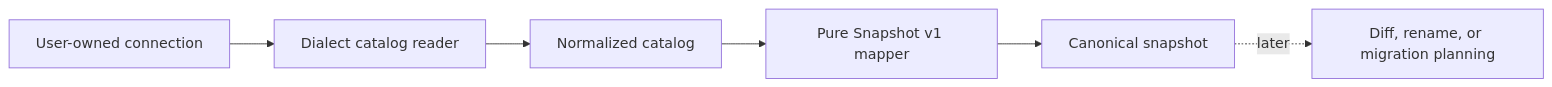
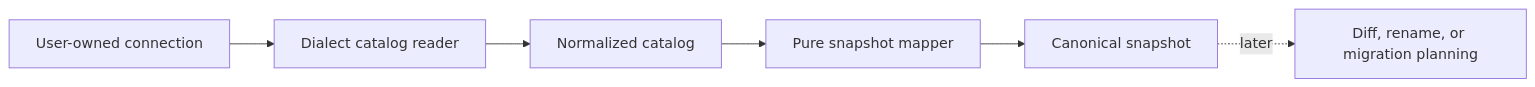
The diagram in docs/schema/introspection.md (aleclarson/qubu), drawn with Mermaid before and after one commit. The commit also changed other lines of this file and 11 other files, not shown here.

Commit message:
feat(schema): model complete catalog objects

````diff
--- a/docs/schema/introspection.md
+++ b/docs/schema/introspection.md
@@ -14,8 +14,8 @@
 ```mermaid
 flowchart LR
   A[User-owned connection] --> B[Dialect catalog reader]
   B --> C[Normalized catalog]
-  C --> D[Pure Snapshot v1 mapper]
+  C --> D[Pure snapshot mapper]
   D --> E[Canonical snapshot]
   E -. later .-> F[Diff, rename, or migration planning]
 ```
````
